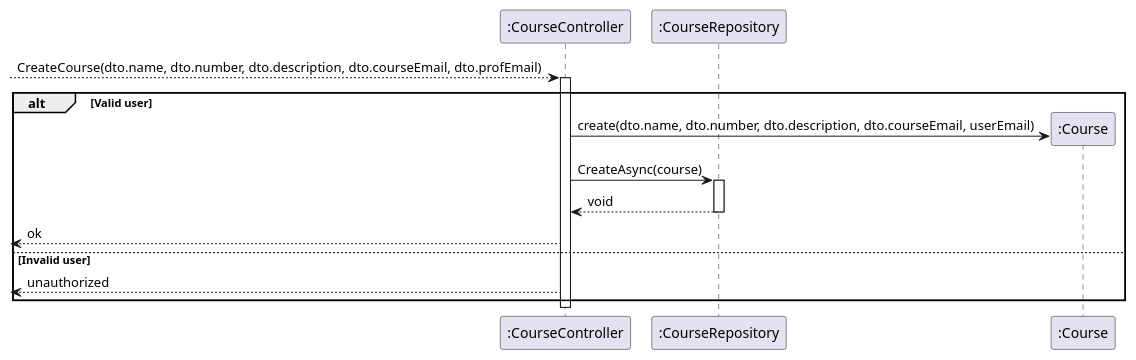
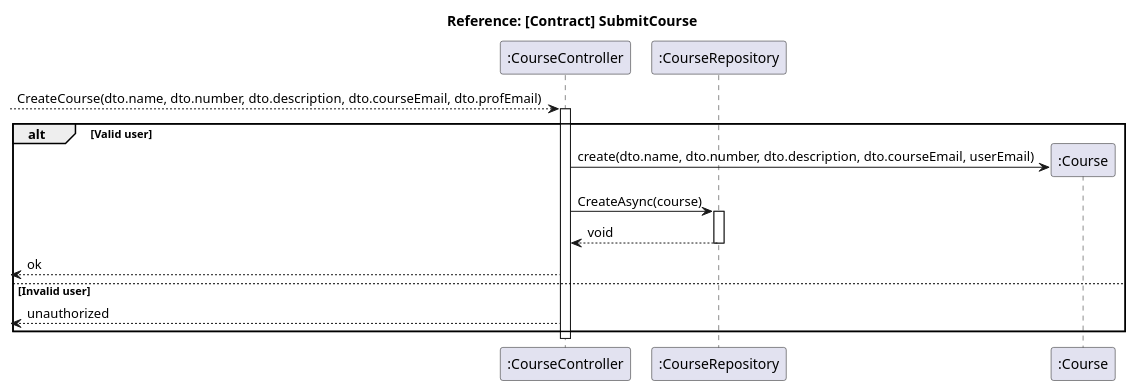
The diagram in Diagrams/Sequence_Diagrams/create_course.puml (Singh-Kiran-P/StuNet), drawn with PlantUML before and after one commit. The commit also changed 10 other files, not shown here.

Commit message:
docs: Manually format files in /Sequence_Diagrams

```diff
--- a/Diagrams/Sequence_Diagrams/create_course.puml
+++ b/Diagrams/Sequence_Diagrams/create_course.puml
@@ -1,19 +1,27 @@
-@startuml Create Course
+@startuml Create course
+
+title Reference: [Contract] SubmitCourse
+
 participant ":CourseController" as controller
 participant ":CourseRepository" as repository
 participant ":Course" as course
 
 --> controller: CreateCourse(dto.name, dto.number, dto.description, dto.courseEmail, dto.profEmail)
 activate controller
+
 alt Valid user
     controller -> course **: create(dto.name, dto.number, dto.description, dto.courseEmail, userEmail)
+    
     controller -> repository: CreateAsync(course)
     activate repository
     repository --> controller: void
     deactivate repository
+
     <-- controller: ok
 else Invalid user
     <-- controller: unauthorized
 end
+
 deactivate controller
+
 @enduml
```
